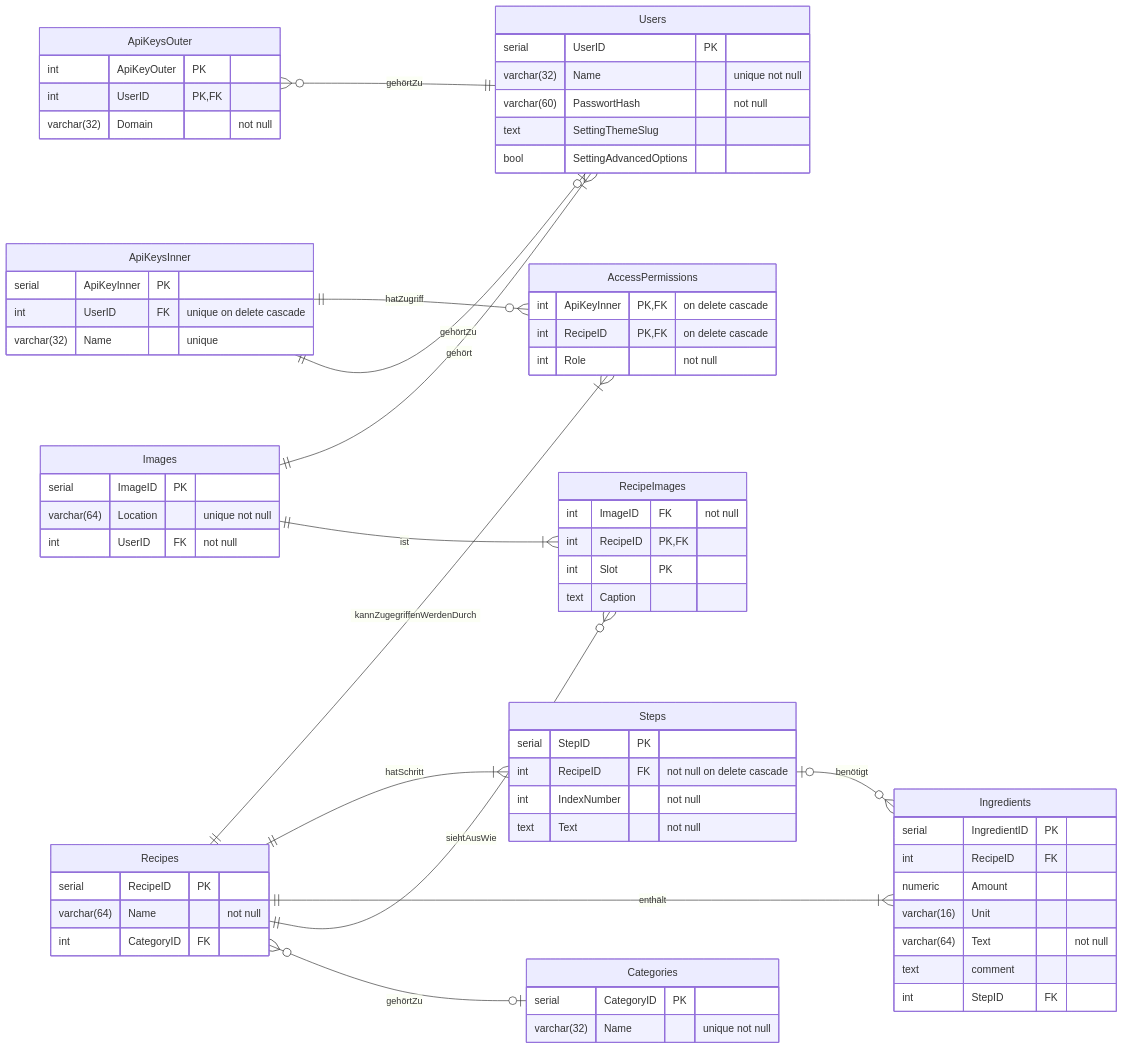
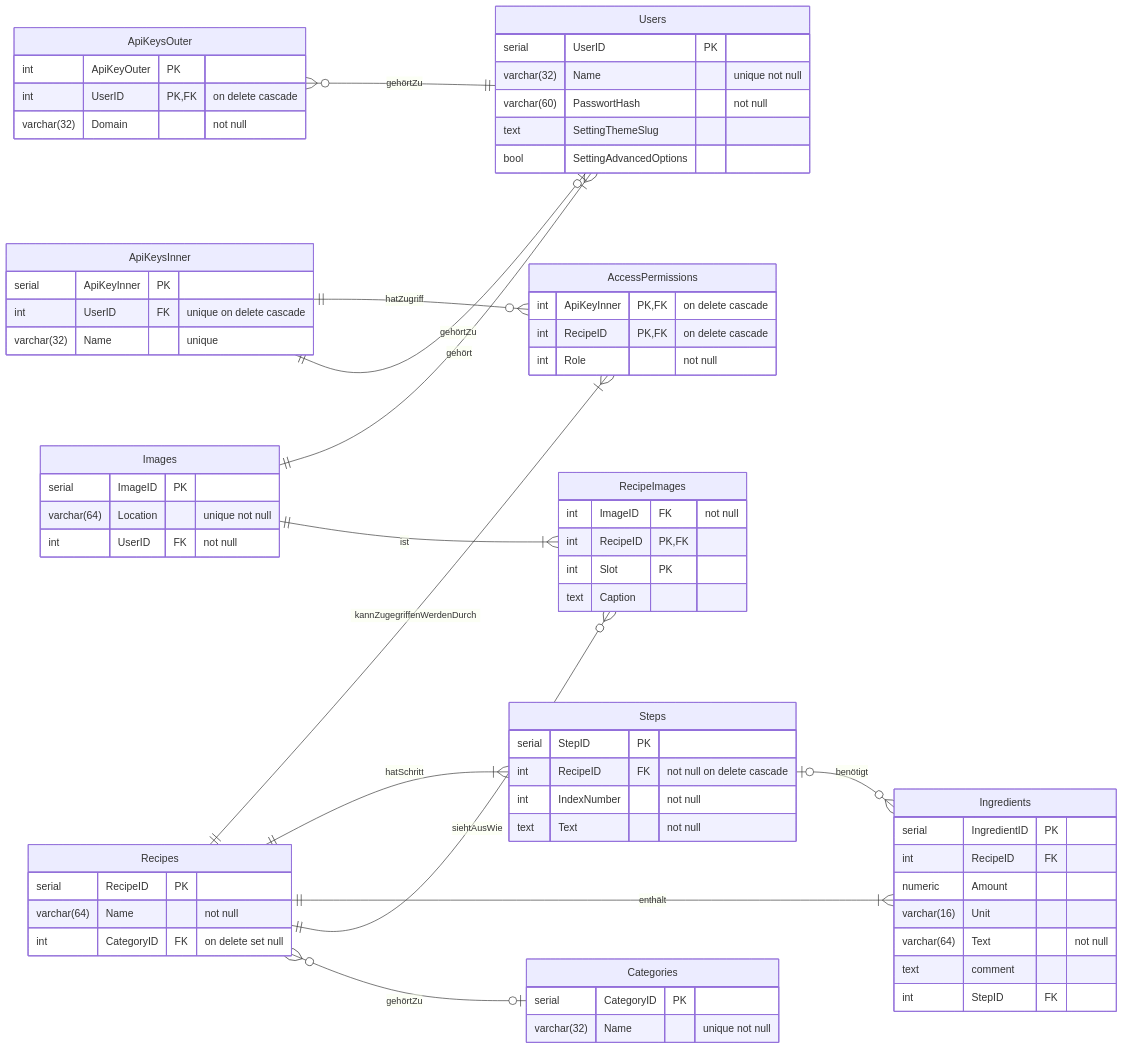
One commit to juve33/kochbuch changed the diagram in db.md. Above: the diagram before and after it, drawn with Mermaid.

Commit message:
updated db.md to actually match db again

```diff
--- a/db.md
+++ b/db.md
@@ -20,7 +20,7 @@
 Recipes {
     serial RecipeID PK
     varchar(64) Name "not null"
-    int CategoryID FK
+    int CategoryID FK "on delete set null"
 }
 
 Steps {
@@ -48,7 +48,7 @@
 
 ApiKeysOuter {
     int ApiKeyOuter PK
-    int UserID PK, FK
+    int UserID PK, FK "on delete cascade"
     varchar(32) Domain "not null"
 }
 
```
